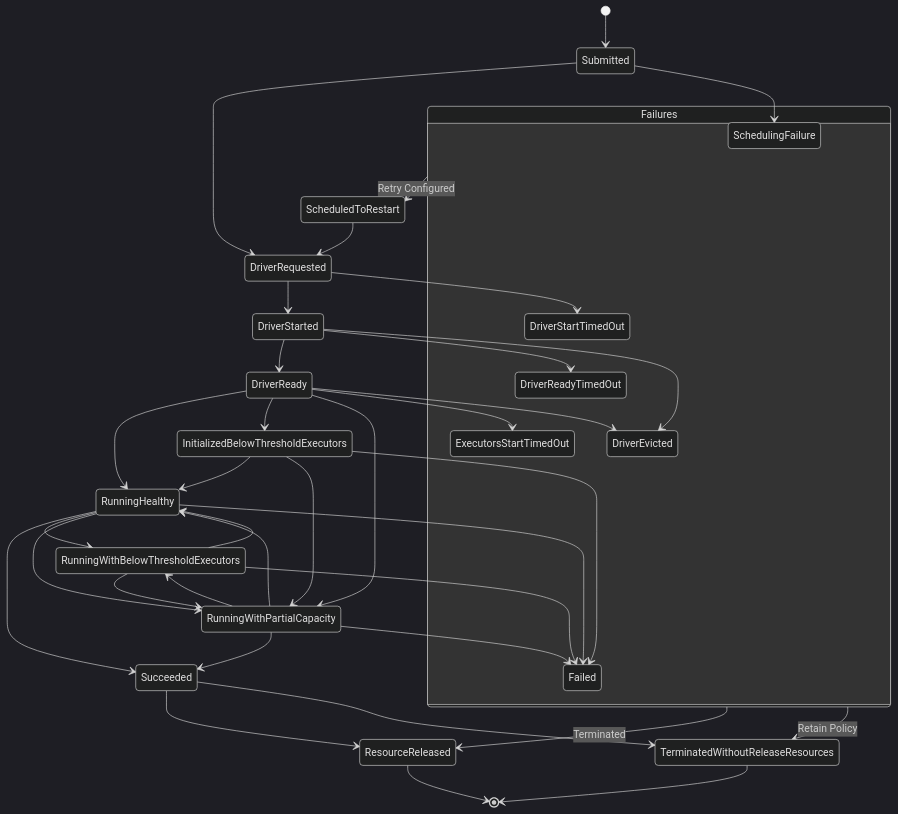
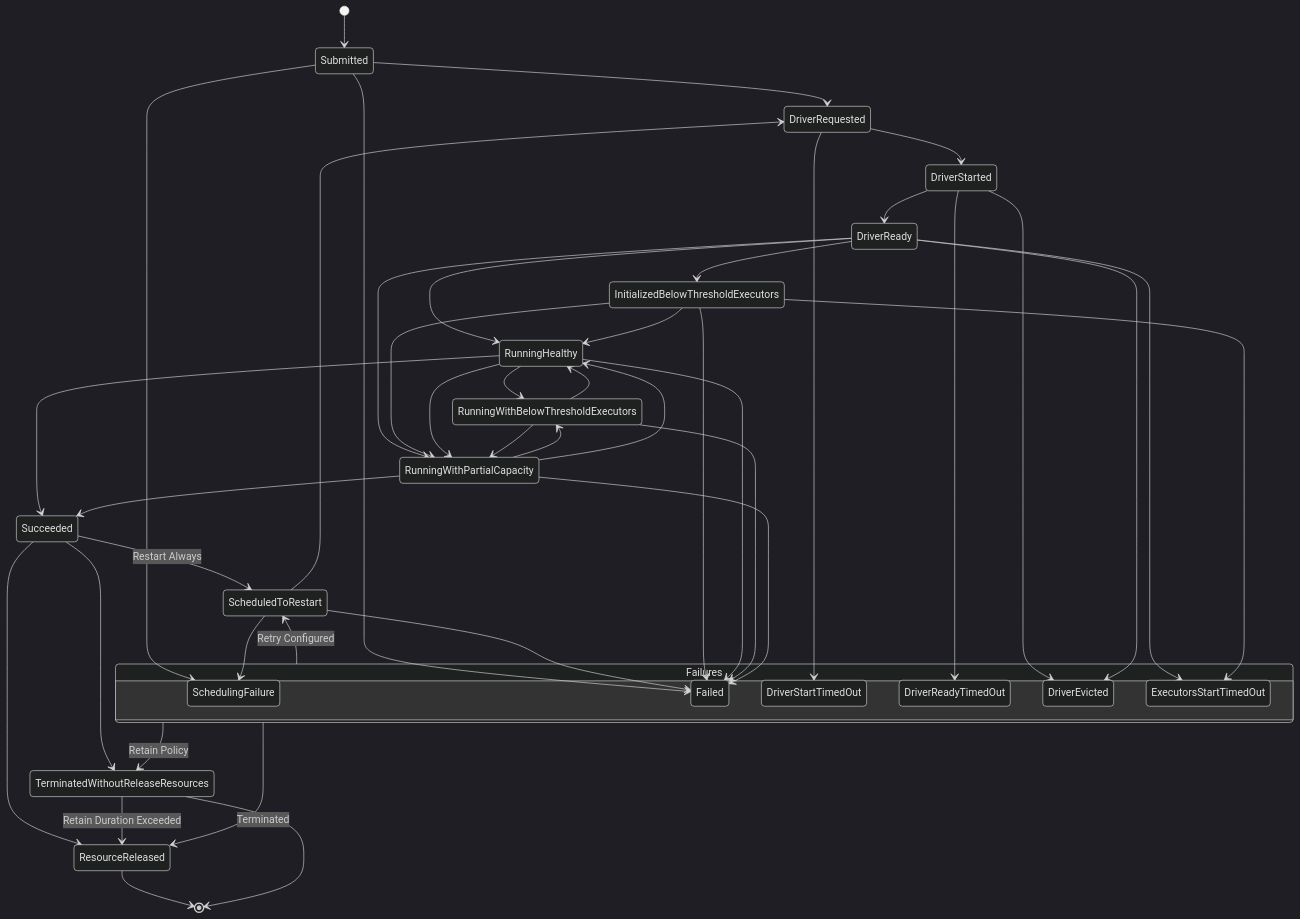
Before and after one commit to apache/spark-kubernetes-operator: the second of 3 diagrams in docs/architecture.md, drawn with Mermaid (dark theme). The commit also changed other lines of this file, not shown here.

First line of the commit message:
[SPARK-59730] Update `architecture.md` to reflect the current code

````diff
--- a/docs/architecture.md
+++ b/docs/architecture.md
@@ -95,61 +96,67 @@
 ```mermaid
 stateDiagram-v2
 
     [*] --> Submitted
 
     Submitted --> DriverRequested
     Submitted --> SchedulingFailure
+    Submitted --> Failed
 
     ScheduledToRestart --> DriverRequested
+    ScheduledToRestart --> SchedulingFailure
+    ScheduledToRestart --> Failed
 
     DriverRequested --> DriverStarted
     DriverRequested --> DriverStartTimedOut
 
     DriverStarted --> DriverReady
     DriverStarted --> DriverReadyTimedOut
     DriverStarted --> DriverEvicted
 
     DriverReady --> RunningHealthy
     DriverReady --> InitializedBelowThresholdExecutors
     DriverReady --> RunningWithPartialCapacity
     DriverReady --> ExecutorsStartTimedOut
     DriverReady --> DriverEvicted
 
     InitializedBelowThresholdExecutors --> RunningHealthy
     InitializedBelowThresholdExecutors --> RunningWithPartialCapacity
+    InitializedBelowThresholdExecutors --> ExecutorsStartTimedOut
     InitializedBelowThresholdExecutors --> Failed
 
     RunningHealthy --> Succeeded
     RunningHealthy --> RunningWithBelowThresholdExecutors
     RunningHealthy --> RunningWithPartialCapacity
     RunningHealthy --> Failed
 
     RunningWithBelowThresholdExecutors --> RunningWithPartialCapacity
     RunningWithBelowThresholdExecutors --> RunningHealthy
     RunningWithBelowThresholdExecutors --> Failed
 
     RunningWithPartialCapacity --> RunningWithBelowThresholdExecutors
     RunningWithPartialCapacity --> RunningHealthy
     RunningWithPartialCapacity --> Succeeded
     RunningWithPartialCapacity --> Failed
 
     state Failures {
         SchedulingFailure
         DriverStartTimedOut
         DriverReadyTimedOut
         ExecutorsStartTimedOut
         DriverEvicted
         Failed
     }
 
     Failures --> ScheduledToRestart : Retry Configured
     Failures --> ResourceReleased : Terminated
 
+    Succeeded --> ScheduledToRestart : Restart Always
     Succeeded --> ResourceReleased
     ResourceReleased --> [*]
 
     %% Place TerminatedWithoutReleaseResources further to avoid overlap
     Failures --> TerminatedWithoutReleaseResources : Retain Policy
     Succeeded --> TerminatedWithoutReleaseResources
+    TerminatedWithoutReleaseResources --> ResourceReleased : Retain Duration Exceeded
     TerminatedWithoutReleaseResources --> [*]
 ```
````
